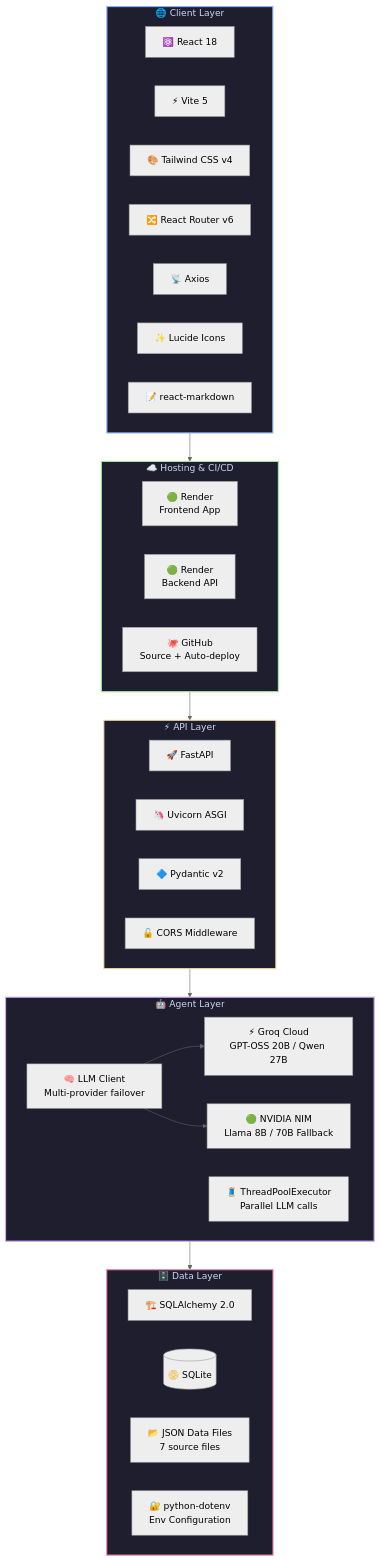
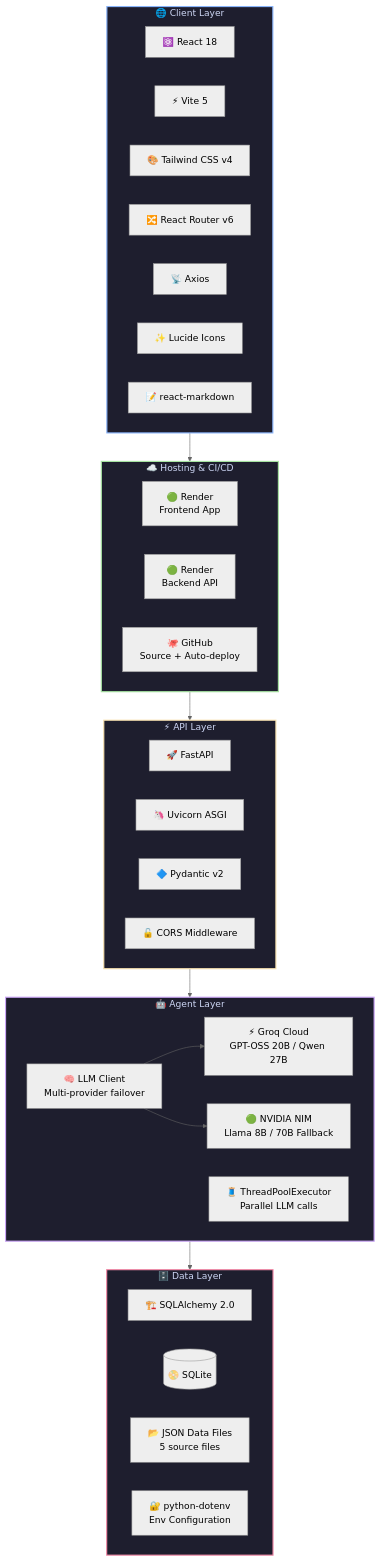
One commit to IdeaForg-e/TaskPilot-AI changed the fourth of 4 diagrams in README.md. Above: the diagram before and after it, drawn with Mermaid (neutral theme). The commit also changed other lines of this file, not shown here.

````diff
--- a/README.md
+++ b/README.md
@@ -578,57 +574,57 @@
 ```mermaid
 flowchart TB
     subgraph CLIENT["🌐 Client Layer"]
         direction LR
         REACT["⚛️ React 18"]
         VITE["⚡ Vite 5"]
         TW["🎨 Tailwind CSS v4"]
         RR["🔀 React Router v6"]
         AX["📡 Axios"]
         LU["✨ Lucide Icons"]
         RM["📝 react-markdown"]
     end
 
     subgraph HOSTING["☁️ Hosting & CI/CD"]
         direction LR
         REN_FE["🟢 Render\nFrontend App"]
         REN_BE["🟢 Render\nBackend API"]
         GIT["🐙 GitHub\nSource + Auto-deploy"]
     end
 
     subgraph API["⚡ API Layer"]
         direction LR
         FA["🚀 FastAPI"]
         UV["🦄 Uvicorn ASGI"]
         PY["🔷 Pydantic v2"]
         CORS["🔓 CORS Middleware"]
     end
 
     subgraph AGENTS["🤖 Agent Layer"]
         direction LR
         LLM["🧠 LLM Client\nMulti-provider failover"]
         GROQ["⚡ Groq Cloud\nGPT-OSS 20B / Qwen 27B"]
         NV["🟢 NVIDIA NIM\nLlama 8B / 70B Fallback"]
         TP["🧵 ThreadPoolExecutor\nParallel LLM calls"]
     end
 
     subgraph DATA["🗄️ Data Layer"]
         direction LR
         SA["🏗️ SQLAlchemy 2.0"]
         DB[("📀 SQLite")]
-        JSON["📂 JSON Data Files\n7 source files"]
+        JSON["📂 JSON Data Files\n5 source files"]
         ENV["🔐 python-dotenv\nEnv Configuration"]
     end
 
     CLIENT --> HOSTING
     HOSTING --> API
     API --> AGENTS
     AGENTS --> DATA
     LLM --> GROQ
     LLM --> NV
 
     style CLIENT fill:#1e1e2e,stroke:#89b4fa,stroke-width:2px,color:#cdd6f4
     style HOSTING fill:#1e1e2e,stroke:#a6e3a1,stroke-width:2px,color:#cdd6f4
     style API fill:#1e1e2e,stroke:#f9e2af,stroke-width:2px,color:#cdd6f4
     style AGENTS fill:#1e1e2e,stroke:#cba6f7,stroke-width:2px,color:#cdd6f4
     style DATA fill:#1e1e2e,stroke:#f38ba8,stroke-width:2px,color:#cdd6f4
 ```
````
